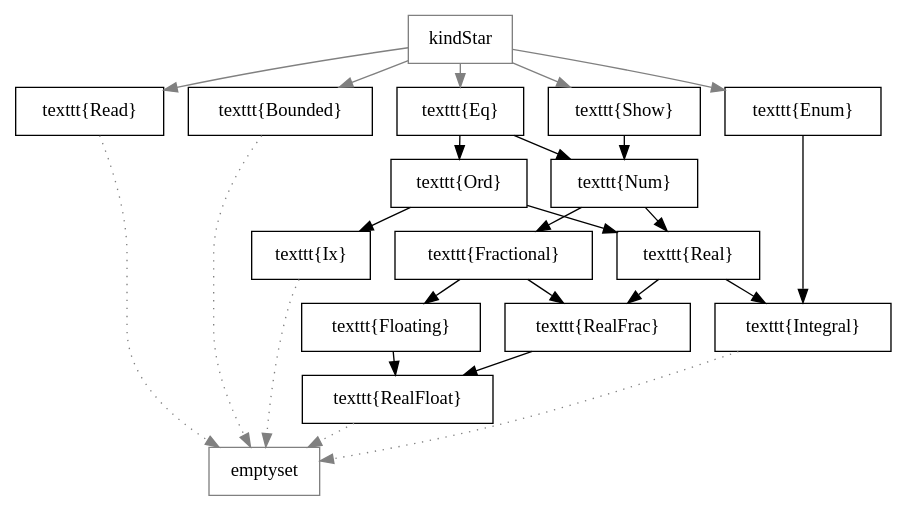
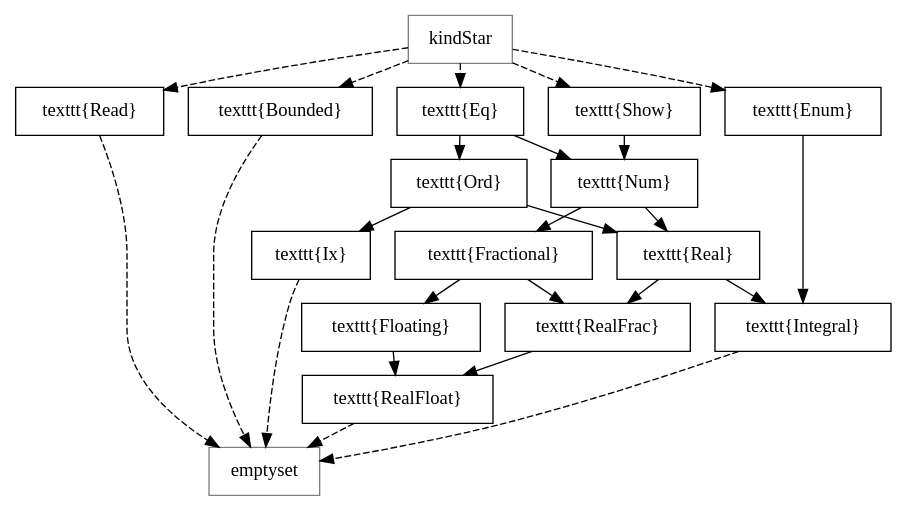
The diagram in text/diagram/kinds_star1.dot (xkollar/thesis-mgr-2011), drawn with Graphviz before and after one commit. The commit also changed 7 other files, not shown here.

Commit message:
Diagrams more unified.

```diff
--- a/text/diagram/kinds_star1.dot
+++ b/text/diagram/kinds_star1.dot
@@ -1,34 +1,34 @@
 digraph kinds {
 	graph [ranksep=0.25];
 	node [shape=box];
 
 	"\kindStar" [color=gray];
 	"\emptyset" [color=gray];
 
-	"\kindStar" -> "\texttt{Eq}" [color=gray];
-	"\kindStar" -> "\texttt{Enum}" [color=gray];
-	"\kindStar" -> "\texttt{Show}" [color=gray];
-	"\kindStar" -> "\texttt{Read}" [color=gray];
-	"\kindStar" -> "\texttt{Bounded}" [color=gray];
+	"\kindStar" -> "\texttt{Eq}" [style=dashed];
+	"\kindStar" -> "\texttt{Enum}" [style=dashed];
+	"\kindStar" -> "\texttt{Show}" [style=dashed];
+	"\kindStar" -> "\texttt{Read}" [style=dashed];
+	"\kindStar" -> "\texttt{Bounded}" [style=dashed];
 	{rank=same; "\texttt{Read}"; "\texttt{Bounded}"; "\texttt{Enum}"; "\texttt{Eq}"; "\texttt{Show}"};
 	"\texttt{Eq}" -> "\texttt{Ord}";
 	"\texttt{Eq}" -> "\texttt{Num}";
 	"\texttt{Show}" -> "\texttt{Num}";
 	"\texttt{Num}" -> "\texttt{Real}";
 	"\texttt{Ord}" -> "\texttt{Real}";
 	"\texttt{Num}" -> "\texttt{Fractional}";
 	"\texttt{Fractional}" -> "\texttt{Floating}";
 	"\texttt{Ord}" -> "\texttt{Ix}";
 	{rank=same; "\texttt{Real}"; "\texttt{Fractional}"; "\texttt{Ix}"};
 	"\texttt{Real}" -> "\texttt{Integral}";
 	"\texttt{Enum}" -> "\texttt{Integral}";
 	"\texttt{Real}" -> "\texttt{RealFrac}";
 	"\texttt{Fractional}" -> "\texttt{RealFrac}";
 	"\texttt{RealFrac}" -> "\texttt{RealFloat}";
 	"\texttt{Floating}" -> "\texttt{RealFloat}";
-	"\texttt{Integral}" -> "\emptyset" [style=dotted,color=gray];
-	"\texttt{Ix}" -> "\emptyset" [style=dotted,color=gray];
-	"\texttt{RealFloat}" -> "\emptyset" [style=dotted,color=gray];
-	"\texttt{Read}" -> "\emptyset" [style=dotted,color=gray];
-	"\texttt{Bounded}" -> "\emptyset" [style=dotted,color=gray];
+	"\texttt{Integral}" -> "\emptyset" [style=dashed];
+	"\texttt{Ix}" -> "\emptyset" [style=dashed];
+	"\texttt{RealFloat}" -> "\emptyset" [style=dashed];
+	"\texttt{Read}" -> "\emptyset" [style=dashed];
+	"\texttt{Bounded}" -> "\emptyset" [style=dashed];
 }
```
